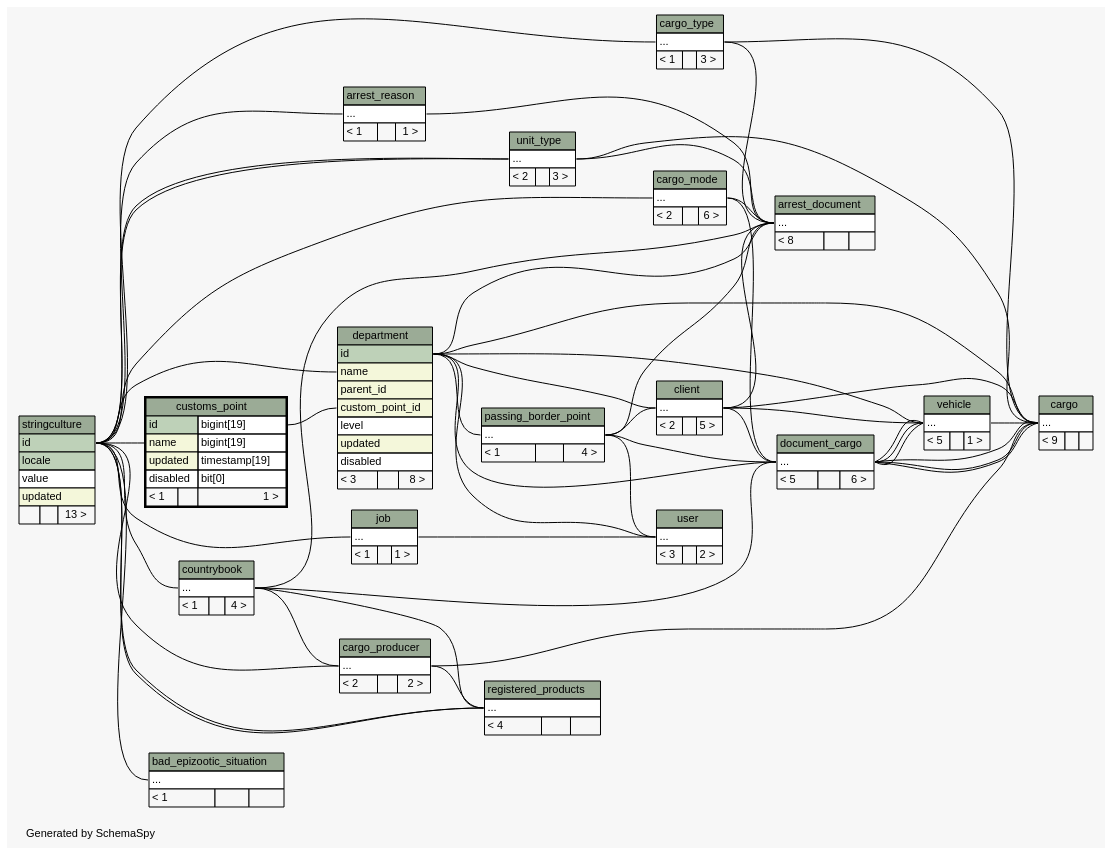
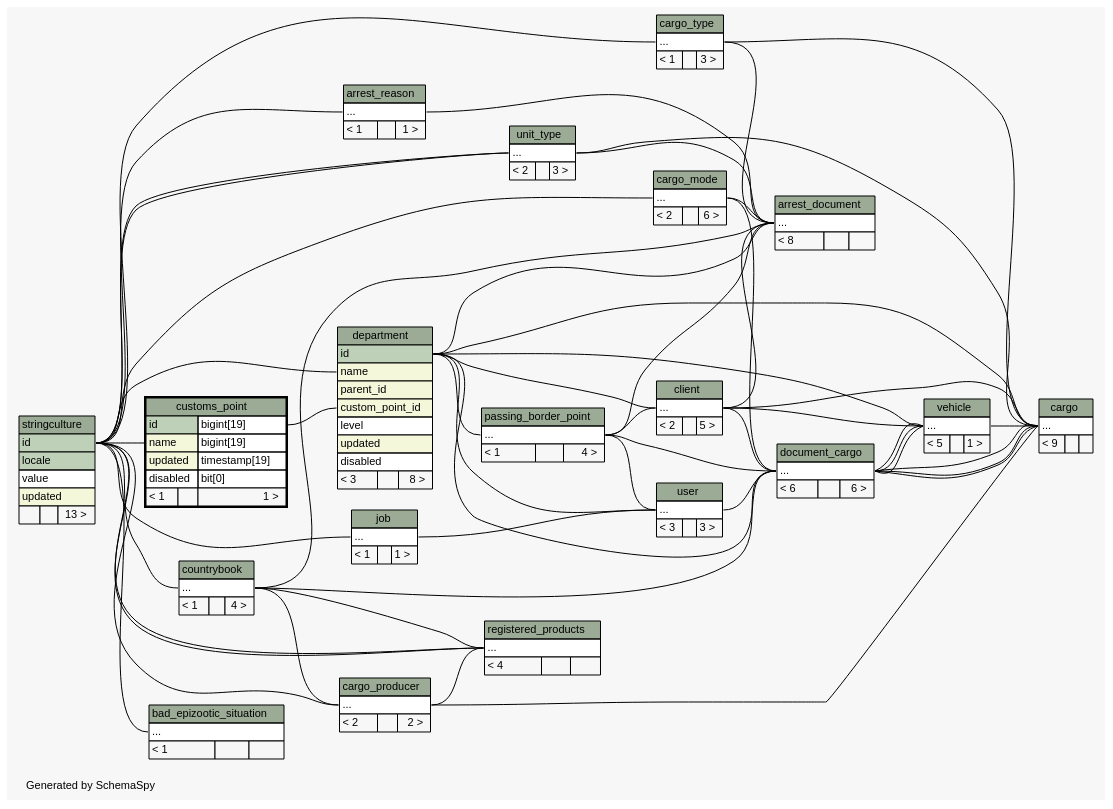
One commit to complitex/vetcontrol changed the diagram in docs/db-schema/diagrams/customs_point.2degrees.dot. Above: the diagram before and after it, drawn with Graphviz. The commit also changed 141 other files, not shown here.

Commit message:
sql schema documentation was updated.

```diff
--- a/docs/db-schema/diagrams/customs_point.2degrees.dot
+++ b/docs/db-schema/diagrams/customs_point.2degrees.dot
@@ -51,6 +51,7 @@
   "document_cargo":"elipses":w -> "cargo_mode":"elipses":e [arrowhead=none arrowtail=crowodot];
   "document_cargo":"elipses":w -> "countrybook":"elipses":e [arrowhead=none arrowtail=crowodot];
   "document_cargo":"elipses":w -> "client":"elipses":e [arrowhead=none arrowtail=crowodot];
+  "document_cargo":"elipses":w -> "user":"elipses":e [arrowhead=none arrowtail=crowodot];
   "document_cargo":"elipses":w -> "department":"id":e [arrowhead=none arrowtail=crowodot];
   "document_cargo":"elipses":w -> "passing_border_point":"elipses":e [arrowhead=none arrowtail=crowodot];
   "job":"elipses":w -> "stringculture":"id":e [arrowhead=none arrowtail=crowodot];
@@ -193,7 +194,7 @@
     <TABLE BORDER="0" CELLBORDER="1" CELLSPACING="0" BGCOLOR="#ffffff">
       <TR><TD COLSPAN="3" BGCOLOR="#9bab96" ALIGN="CENTER">document_cargo</TD></TR>
       <TR><TD PORT="elipses" COLSPAN="3" ALIGN="LEFT">...</TD></TR>
-      <TR><TD ALIGN="LEFT" BGCOLOR="#f7f7f7">&lt; 5</TD><TD ALIGN="RIGHT" BGCOLOR="#f7f7f7">  </TD><TD ALIGN="RIGHT" BGCOLOR="#f7f7f7">6 &gt;</TD></TR>
+      <TR><TD ALIGN="LEFT" BGCOLOR="#f7f7f7">&lt; 6</TD><TD ALIGN="RIGHT" BGCOLOR="#f7f7f7">  </TD><TD ALIGN="RIGHT" BGCOLOR="#f7f7f7">6 &gt;</TD></TR>
     </TABLE>>
     URL="document_cargo.html"
     tooltip="document_cargo"
@@ -256,7 +257,7 @@
     <TABLE BORDER="0" CELLBORDER="1" CELLSPACING="0" BGCOLOR="#ffffff">
       <TR><TD COLSPAN="3" BGCOLOR="#9bab96" ALIGN="CENTER">user</TD></TR>
       <TR><TD PORT="elipses" COLSPAN="3" ALIGN="LEFT">...</TD></TR>
-      <TR><TD ALIGN="LEFT" BGCOLOR="#f7f7f7">&lt; 3</TD><TD ALIGN="RIGHT" BGCOLOR="#f7f7f7">  </TD><TD ALIGN="RIGHT" BGCOLOR="#f7f7f7">2 &gt;</TD></TR>
+      <TR><TD ALIGN="LEFT" BGCOLOR="#f7f7f7">&lt; 3</TD><TD ALIGN="RIGHT" BGCOLOR="#f7f7f7">  </TD><TD ALIGN="RIGHT" BGCOLOR="#f7f7f7">3 &gt;</TD></TR>
     </TABLE>>
     URL="user.html"
     tooltip="user"
```
